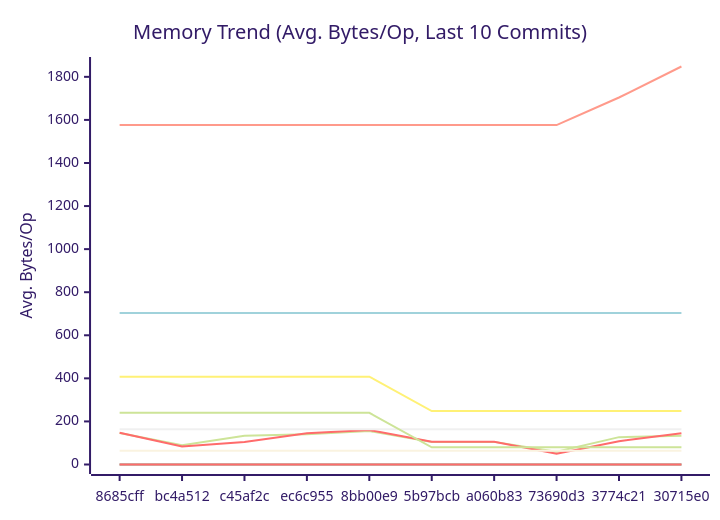
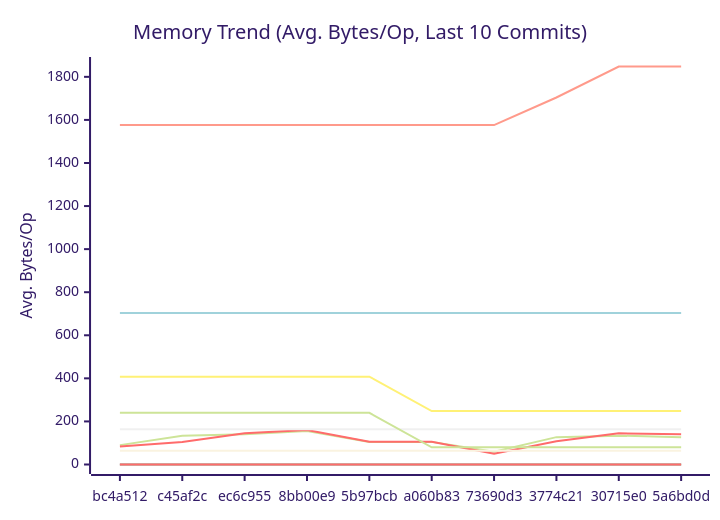
Before and after one commit to alsotoes/momo: the second of 3 diagrams in docs/PERFORMANCE.md, drawn with Mermaid (forest theme). The commit also changed other lines of this file and 15 other files, not shown here.

````diff
--- a/docs/PERFORMANCE.md
+++ b/docs/PERFORMANCE.md
@@ -172,20 +171,20 @@
 ```mermaid
 xychart-beta
     title "Memory Trend (Avg. Bytes/Op, Last 10 Commits)"
     x-axis "Commit"
     y-axis "Avg. Bytes/Op"
-    x-axis [8685cff,bc4a512,c45af2c,ec6c955,8bb00e9,5b97bcb,a060b83,73690d3,3774c21,30715e0]
-    line "AWSChunkedReaderSigned" [146,90,133,140,155,105,105,59,127,134]
-    line "AWSChunkedReaderUnsigned" [147,84,104,145,160,106,106,50,108,145]
+    x-axis [bc4a512,c45af2c,ec6c955,8bb00e9,5b97bcb,a060b83,73690d3,3774c21,30715e0,5a6bd0d]
+    line "AWSChunkedReaderSigned" [90,133,140,155,105,105,59,127,134,126]
+    line "AWSChunkedReaderUnsigned" [84,104,145,160,106,106,50,108,145,140]
     line "CheckMetricsAndSwap" [0,0,0,0,0,0,0,0,0,0]
     line "CrushOptimized" [0,0,0,0,0,0,0,0,0,0]
     line "CrushOriginal" [164,164,164,164,164,164,164,164,164,164]
     line "IndexDirectTracking" [0,0,0,0,0,0,0,0,0,0]
     line "IndexSearch" [0,0,0,0,0,0,0,0,0,0]
-    line "LoadGlobalConfig" [1576,1576,1576,1576,1576,1576,1576,1576,1704,1848]
+    line "LoadGlobalConfig" [1576,1576,1576,1576,1576,1576,1576,1704,1848,1848]
     line "PadString" [64,64,64,64,64,64,64,64,64,64]
     line "ParseReplicationOrder_NoPrealloc" [408,408,408,408,408,248,248,248,248,248]
     line "ParseReplicationOrder_Prealloc" [240,240,240,240,240,80,80,80,80,80]
     line "SanitizeLog/Safe" [0,0,0,0,0,0,0,0,0,0]
     line "SanitizeLog/Unsafe" [704,704,704,704,704,704,704,704,704,704]
 ```
````
